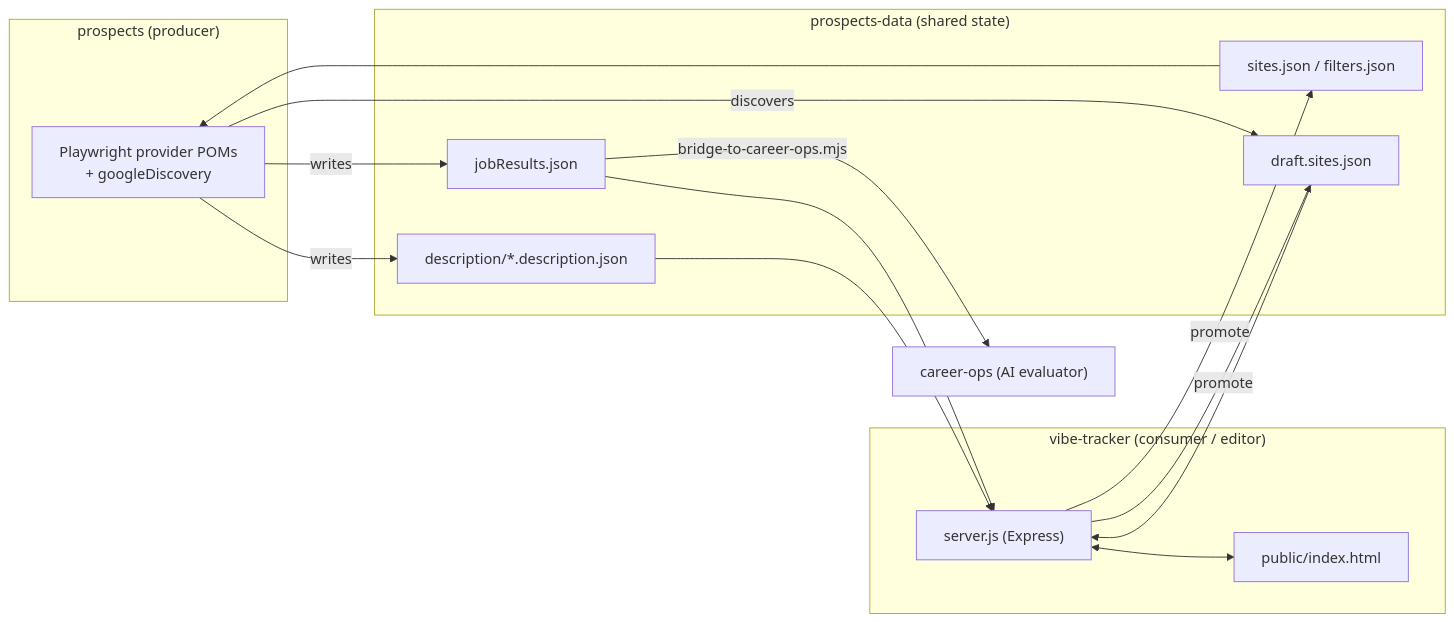
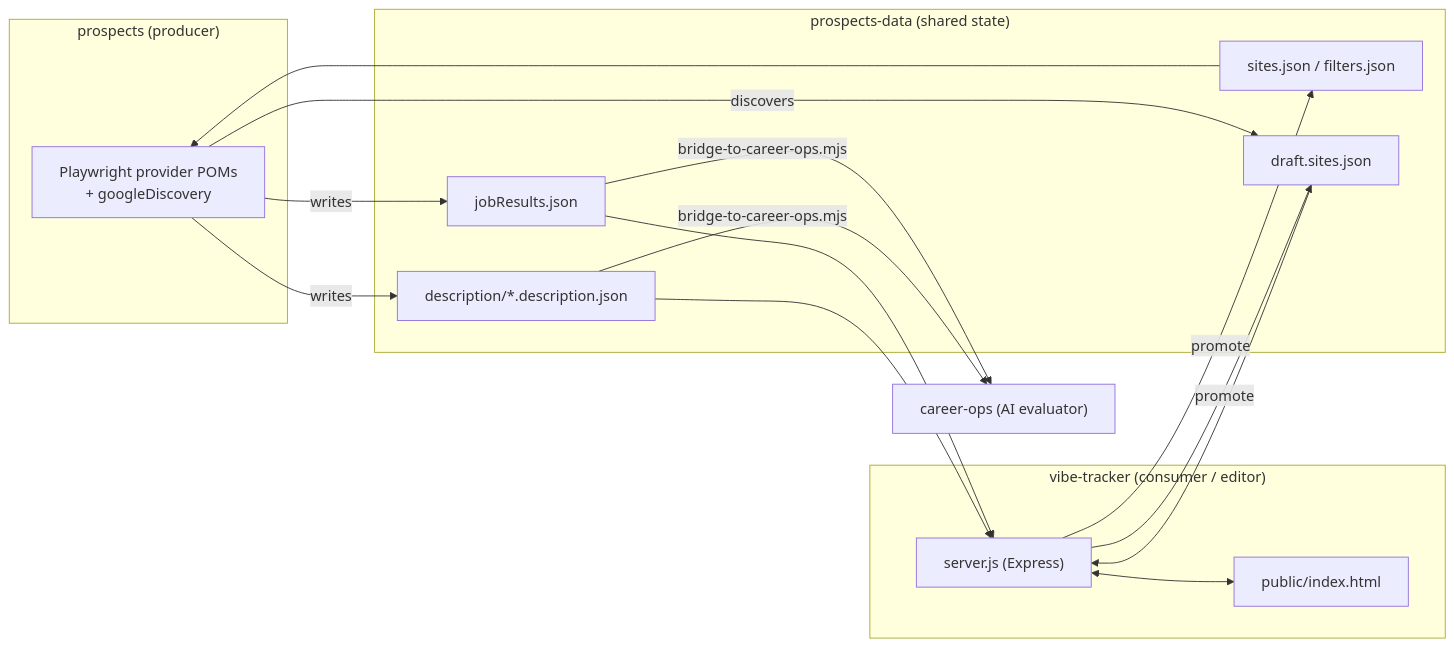
The first of 2 diagrams in DESIGN.md (keithsecond/vibe-tracker), drawn with Mermaid before and after one commit. The commit also changed other lines of this file, not shown here.

First line of the commit message:
docs: flowchart — bridge-to-career-ops also reads description files

````diff
--- a/DESIGN.md
+++ b/DESIGN.md
@@ -25,29 +25,30 @@
 ```mermaid
 flowchart LR
   subgraph prospects["prospects (producer)"]
     scrape["Playwright provider POMs<br/>+ googleDiscovery"]
   end
   subgraph data["prospects-data (shared state)"]
     sites["sites.json / filters.json"]
     draft["draft.sites.json"]
     jr["jobResults.json"]
     desc["description/*.description.json"]
   end
   subgraph vt["vibe-tracker (consumer / editor)"]
     server["server.js (Express)"]
     ui["public/index.html"]
   end
   careerops["career-ops (AI evaluator)"]
 
   scrape -->|writes| jr
   scrape -->|writes| desc
   scrape -->|discovers| draft
   sites --> scrape
   jr --> server
   desc --> server
   draft --> server
   server <--> ui
   server -->|promote| sites
   server -->|promote| draft
   jr -->|bridge-to-career-ops.mjs| careerops
+  desc -->|bridge-to-career-ops.mjs| careerops
 ```
````
